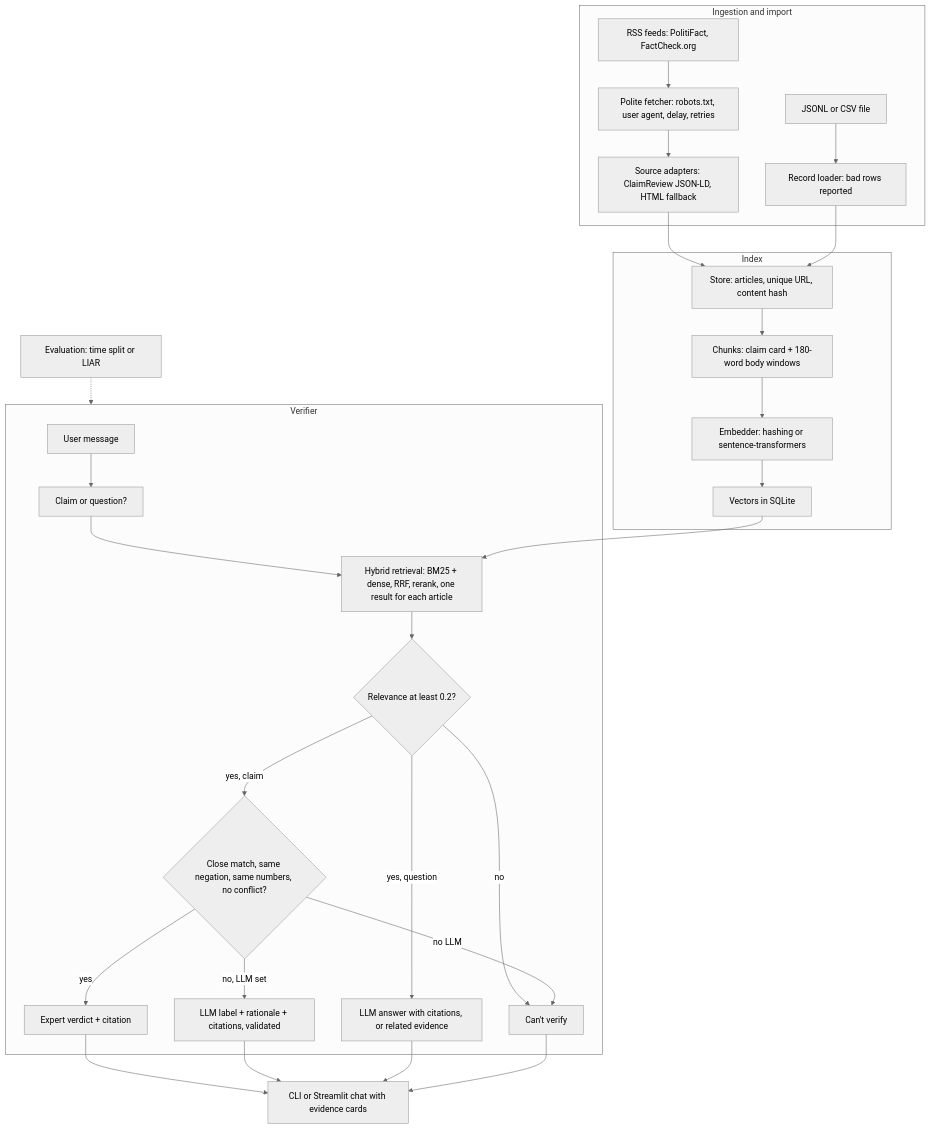
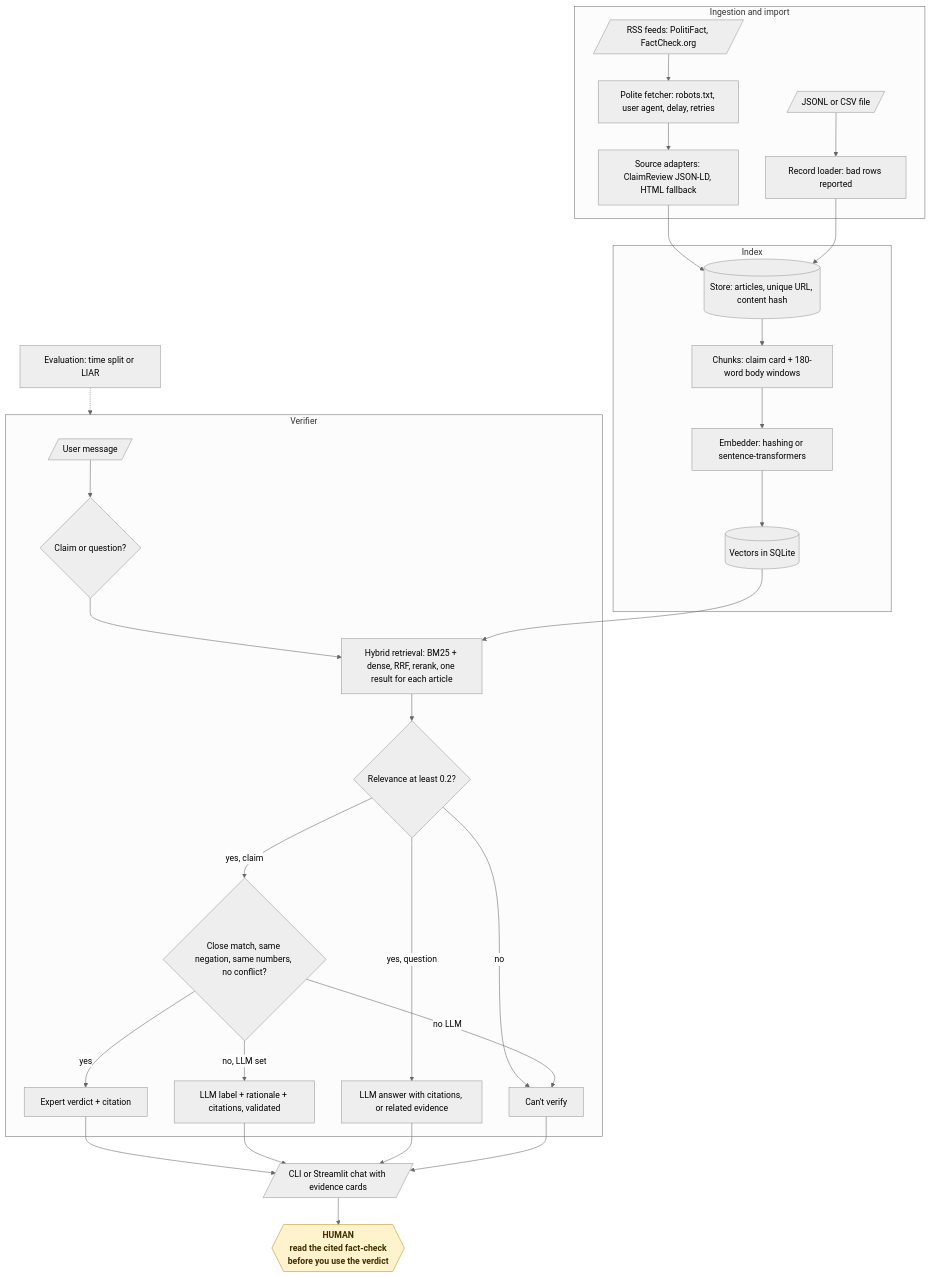
The fifth of 23 diagrams in README.md (KrishnaAnnavaram/truthtrace), drawn with Mermaid (neutral theme) before and after one commit. The commit also changed other lines of this file, not shown here.

Commit message:
Add the workflow diagrams to the README

````diff
--- a/README.md
+++ b/README.md
@@ -247,32 +319,36 @@
 ```mermaid
-flowchart TB
+flowchart TD
     subgraph ING["Ingestion and import"]
-        RSS["RSS feeds: PolitiFact, FactCheck.org"] --> PF["Polite fetcher: robots.txt, user agent, delay, retries"]
+        RSS[/"RSS feeds: PolitiFact, FactCheck.org"/] --> PF["Polite fetcher: robots.txt, user agent, delay, retries"]
         PF --> AD["Source adapters: ClaimReview JSON-LD, HTML fallback"]
-        FILE["JSONL or CSV file"] --> REC["Record loader: bad rows reported"]
+        FILE[/"JSONL or CSV file"/] --> REC["Record loader: bad rows reported"]
     end
-    AD --> DB["Store: articles, unique URL, content hash"]
+    AD --> DB[("Store: articles, unique URL, content hash")]
     REC --> DB
     subgraph IDX["Index"]
         DB --> CH["Chunks: claim card + 180-word body windows"]
         CH --> EMB["Embedder: hashing or sentence-transformers"]
-        EMB --> VEC["Vectors in SQLite"]
+        EMB --> VEC[("Vectors in SQLite")]
     end
     subgraph VER["Verifier"]
-        Q["User message"] --> CLS["Claim or question?"]
+        Q[/"User message"/] --> CLS{"Claim or question?"}
         CLS --> RET["Hybrid retrieval: BM25 + dense, RRF, rerank, one result for each article"]
         VEC --> RET
         RET --> TH{"Relevance at least 0.2?"}
         TH -->|"no"| AB["Can't verify"]
         TH -->|"yes, claim"| MT{"Close match, same negation, same numbers, no conflict?"}
         TH -->|"yes, question"| ANS["LLM answer with citations, or related evidence"]
         MT -->|"yes"| EXP["Expert verdict + citation"]
         MT -->|"no, LLM set"| LLMJ["LLM label + rationale + citations, validated"]
         MT -->|"no LLM"| AB
     end
-    EXP --> UI["CLI or Streamlit chat with evidence cards"]
+    EXP --> UI[/"CLI or Streamlit chat with evidence cards"/]
     LLMJ --> UI
     ANS --> UI
     AB --> UI
+    UI --> HUMAN{{"HUMAN<br/>read the cited fact-check<br/>before you use the verdict"}}
     EVAL["Evaluation: time split or LIAR"] -.-> VER
+
+    classDef human fill:#fff3cd,stroke:#b8901f,color:#3d2f00,font-weight:bold
+    class HUMAN human
 ```
````
